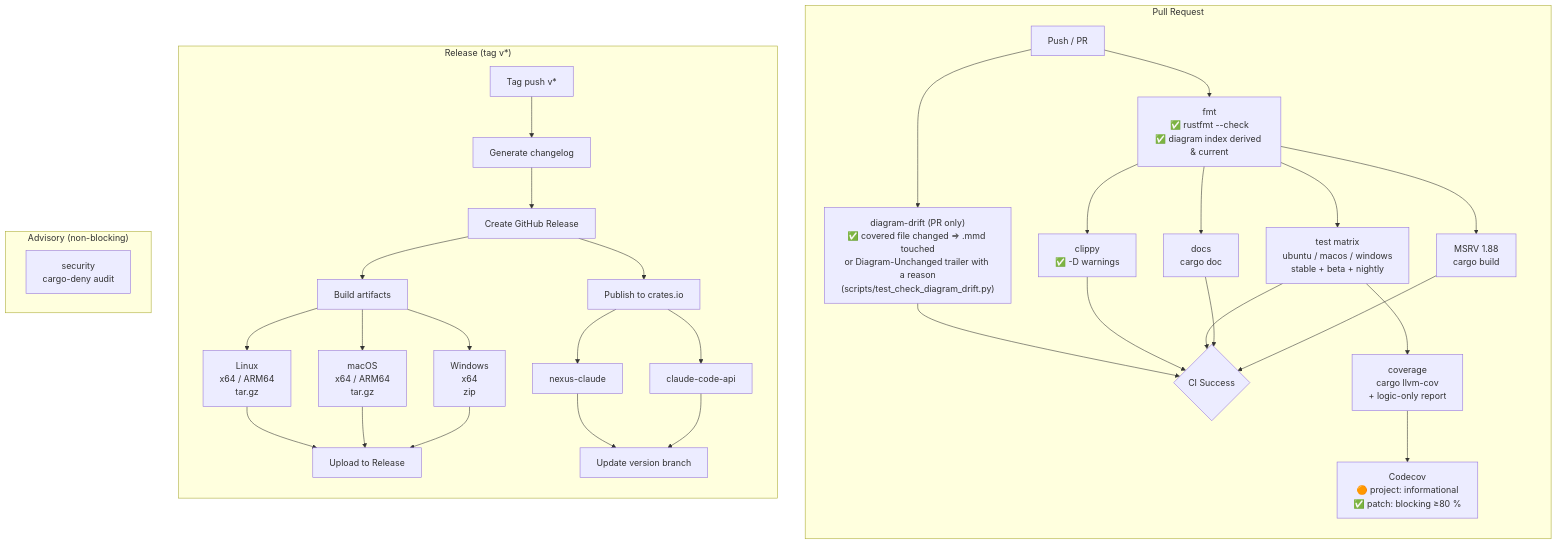
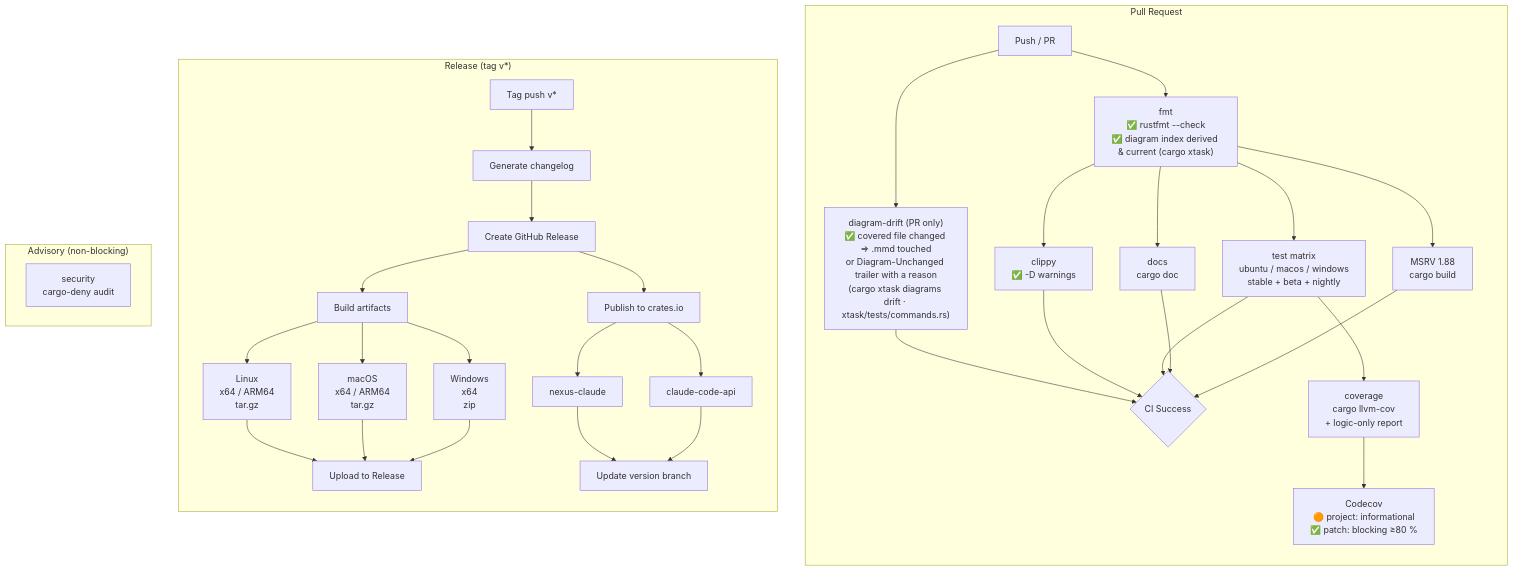
One commit to this-rs/nexus changed the diagram in docs/diagrams/nexus-ci-pipeline.mmd. Above: the diagram before and after it, drawn with Mermaid. The commit also changed 18 other files, not shown here.

First line of the commit message:
ci(diagrams): move the diagram index and the drift gate to Rust (cargo xtask)

```diff
--- a/docs/diagrams/nexus-ci-pipeline.mmd
+++ b/docs/diagrams/nexus-ci-pipeline.mmd
@@ -1,46 +1,46 @@
 %% name: nexus-ci-pipeline
 %% covers: .github/workflows/ci.yml, .github/workflows/release.yml
 %% verified: 2026-10-03
 flowchart TD
     subgraph PR["Pull Request"]
         direction TB
         push[Push / PR] --> fmt
 
-        fmt["fmt\n✅ rustfmt --check\n✅ diagram index derived & current"]
-        push --> drift["diagram-drift (PR only)\n✅ covered file changed ⇒ .mmd touched\nor Diagram-Unchanged trailer with a reason\n(scripts/test_check_diagram_drift.py)"]
+        fmt["fmt\n✅ rustfmt --check\n✅ diagram index derived & current (cargo xtask)"]
+        push --> drift["diagram-drift (PR only)\n✅ covered file changed ⇒ .mmd touched\nor Diagram-Unchanged trailer with a reason\n(cargo xtask diagrams drift · xtask/tests/commands.rs)"]
         drift --> ok
         fmt --> clippy["clippy\n✅ -D warnings"]
         fmt --> test["test matrix\nubuntu / macos / windows\nstable + beta + nightly"]
         fmt --> docs["docs\ncargo doc"]
         fmt --> msrv["MSRV 1.88\ncargo build"]
 
         clippy --> ok{CI Success}
         test --> ok
         docs --> ok
         msrv --> ok
 
         test --> cov["coverage\ncargo llvm-cov\n+ logic-only report"]
         cov --> cc["Codecov\n🟠 project: informational\n✅ patch: blocking ≥80 %"]
     end
 
     subgraph REL["Release (tag v*)"]
         direction TB
         tag[Tag push v*] --> changelog[Generate changelog]
         changelog --> ghrel[Create GitHub Release]
         ghrel --> build[Build artifacts]
 
         build --> linux["Linux\nx64 / ARM64\ntar.gz"]
         build --> macos["macOS\nx64 / ARM64\ntar.gz"]
         build --> win["Windows\nx64\nzip"]
 
         linux & macos & win --> upload[Upload to Release]
 
         ghrel --> pub[Publish to crates.io]
         pub --> sdk[nexus-claude]
         pub --> api[claude-code-api]
         sdk & api --> vbranch[Update version branch]
     end
 
     subgraph ADV["Advisory (non-blocking)"]
         security["security\ncargo-deny audit"]
     end
```
